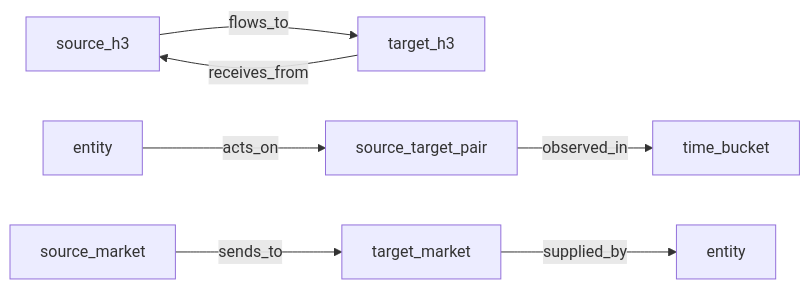
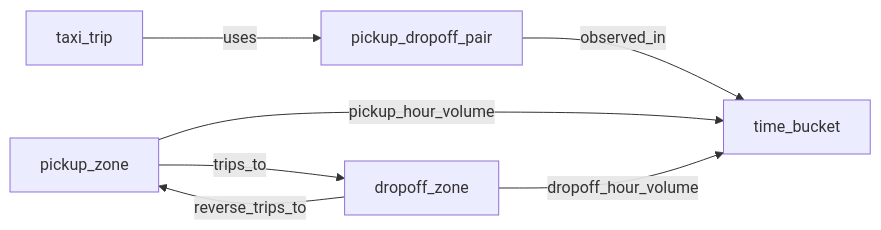
The second of 2 diagrams in docs/graph-features.md (albrmar/cartoboost), drawn with Mermaid before and after one commit. The commit also changed other lines of this file and 159 other files, not shown here.

````diff
--- a/docs/graph-features.md
+++ b/docs/graph-features.md
@@ -278,9 +360,9 @@
 ```mermaid
 flowchart LR
-    S1[source_h3] -->|flows_to| T1[target_h3]
-    T1 -->|receives_from| S1
-    E1[entity] -->|acts_on| P1[source_target_pair]
+    PZ[pickup_zone] -->|trips_to| DZ[dropoff_zone]
+    DZ -->|reverse_trips_to| PZ
+    T[taxi_trip] -->|uses| P1[pickup_dropoff_pair]
     P1 -->|observed_in| B1[time_bucket]
-    SM[source_market] -->|sends_to| TM[target_market]
-    TM -->|supplied_by| E2[entity]
+    PZ -->|pickup_hour_volume| B1
+    DZ -->|dropoff_hour_volume| B1
 ```
````
